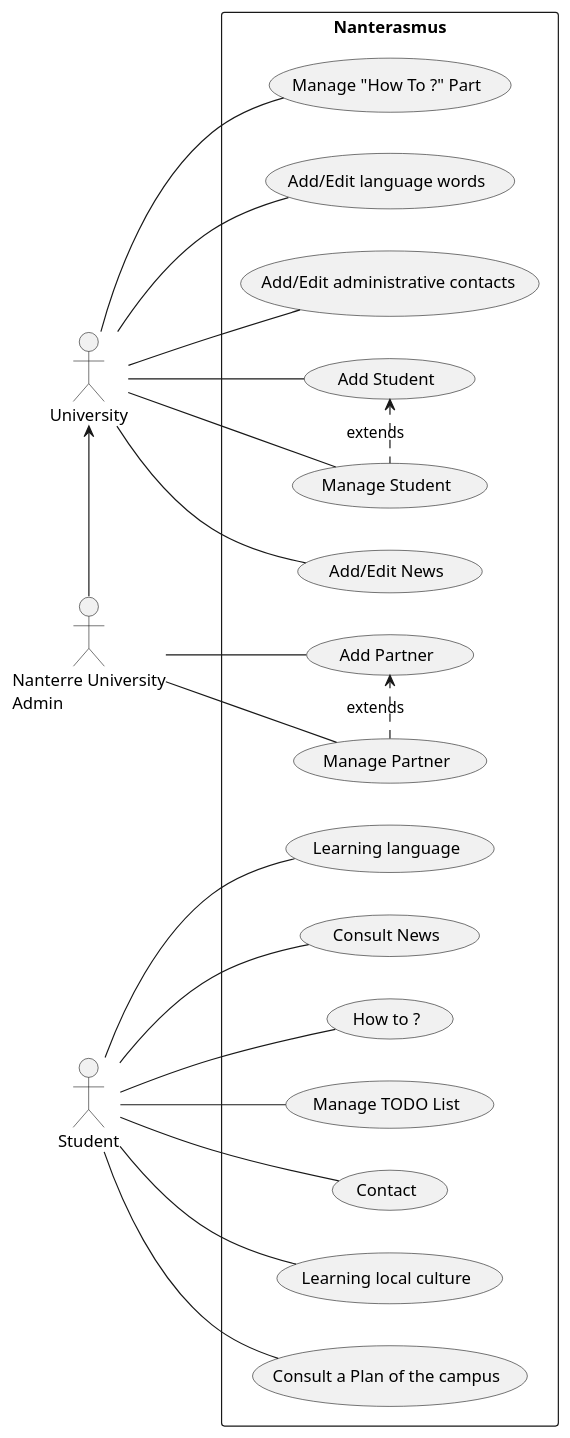
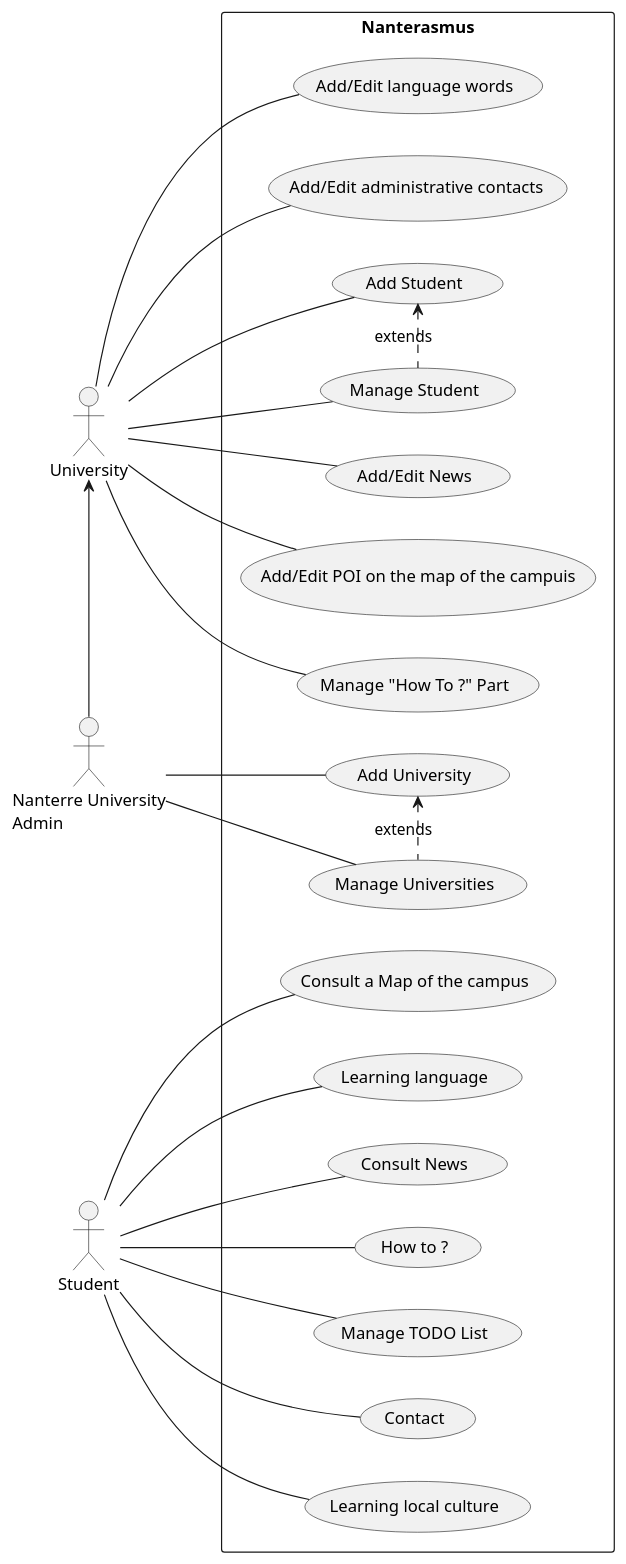
The diagram in diagrams/UseCase.puml (Miage-Paris-Ouest/m1c20152016-mobonline), drawn with PlantUML before and after one commit.

Commit message:
Global Use case MAJ

```diff
--- a/diagrams/UseCase.puml
+++ b/diagrams/UseCase.puml
@@ -1,38 +1,39 @@
 @startuml
 
 left to right direction
 
 skinparam packageStyle rect
 
  :Student: as User
- :University: as Partner
+ :University: as Univ
  :Nanterre University\nAdmin: as Admin
 
- Partner<-Admin
+ Univ<-Admin
 
 rectangle Nanterasmus{
 
   User -- (Consult News)
   User -- (How to ?)
   User -- (Manage TODO List)
   User -- (Contact)
   User -- (Learning local culture)
-  User -- (Consult a Plan of the campus)
+  User -- (Consult a Map of the campus)
   User -- (Learning language)
 
-  Partner -- (Add/Edit News)
-  Partner -- (Add Student)
-  Partner -- (Manage Student)
-  Partner -- (Manage "How To ?" Part)
-  Partner -- (Add/Edit language words)
-  Partner -- (Add/Edit administrative contacts)
+  Univ -- (Add/Edit News)
+  Univ -- (Add/Edit POI on the map of the campuis)
+  Univ -- (Add Student)
+  Univ -- (Manage Student)
+  Univ -- (Manage "How To ?" Part)
+  Univ -- (Add/Edit language words)
+  Univ -- (Add/Edit administrative contacts)
   (Add Student) <. (Manage Student) : extends
 
-  Admin -- (Add Partner)
-  Admin -- (Manage Partner)
-  (Manage Partner) .> (Add Partner) : extends
+  Admin -- (Add University)
+  Admin -- (Manage Universities)
+  (Add University) <. (Manage Universities) : extends
 
 
 }
 
 @enduml
```
